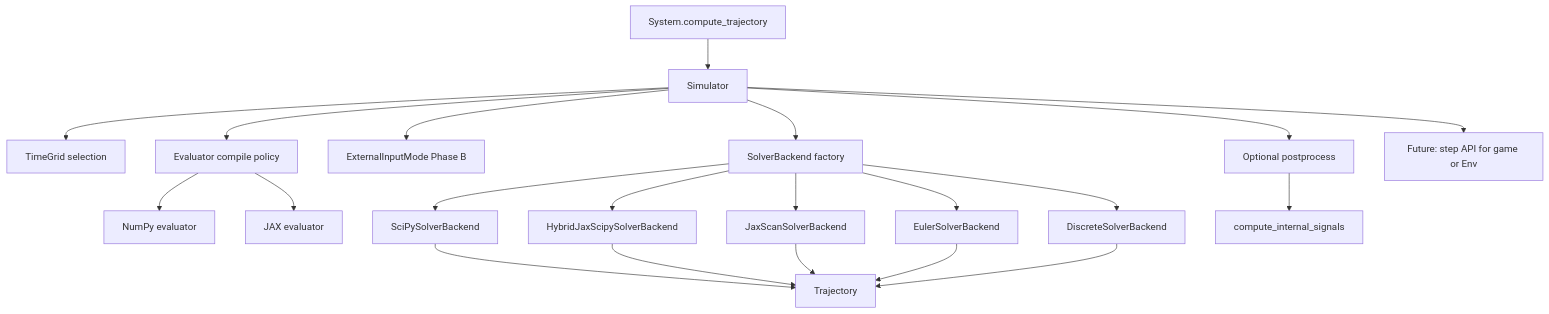
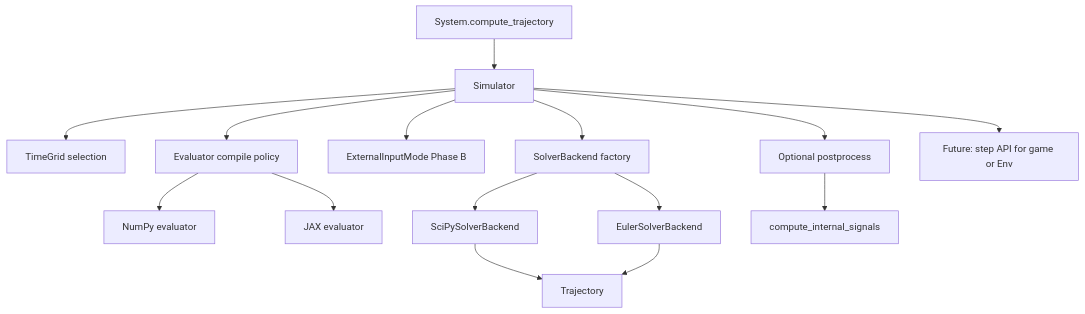
The diagram in docs/simulator_backend_refactor.md (alx87grd/minilink), drawn with Mermaid before and after one commit. The commit also changed other lines of this file and 9 other files, not shown here.

````diff
--- a/docs/simulator_backend_refactor.md
+++ b/docs/simulator_backend_refactor.md
@@ -45,28 +59,22 @@
 ```mermaid
 flowchart TD
   userApi[System.compute_trajectory] --> sim[Simulator]
   sim --> timeGrid[TimeGrid selection]
   sim --> evalFactory[Evaluator compile policy]
   sim --> inputResolver[ExternalInputMode Phase B]
   sim --> solverFactory[SolverBackend factory]
 
   evalFactory --> numpyEval[NumPy evaluator]
   evalFactory --> jaxEval[JAX evaluator]
 
   solverFactory --> scipySolver[SciPySolverBackend]
-  solverFactory --> jaxScipySolver[HybridJaxScipySolverBackend]
-  solverFactory --> jaxSolver[JaxScanSolverBackend]
   solverFactory --> eulerSolver[EulerSolverBackend]
-  solverFactory --> discreteSolver[DiscreteSolverBackend]
 
   scipySolver --> traj[Trajectory]
-  jaxScipySolver --> traj
-  jaxSolver --> traj
   eulerSolver --> traj
-  discreteSolver --> traj
 
   sim --> post[Optional postprocess]
   post --> internalSig[compute_internal_signals]
 
   sim --> future[Future: step API for game or Env]
 ```
````
